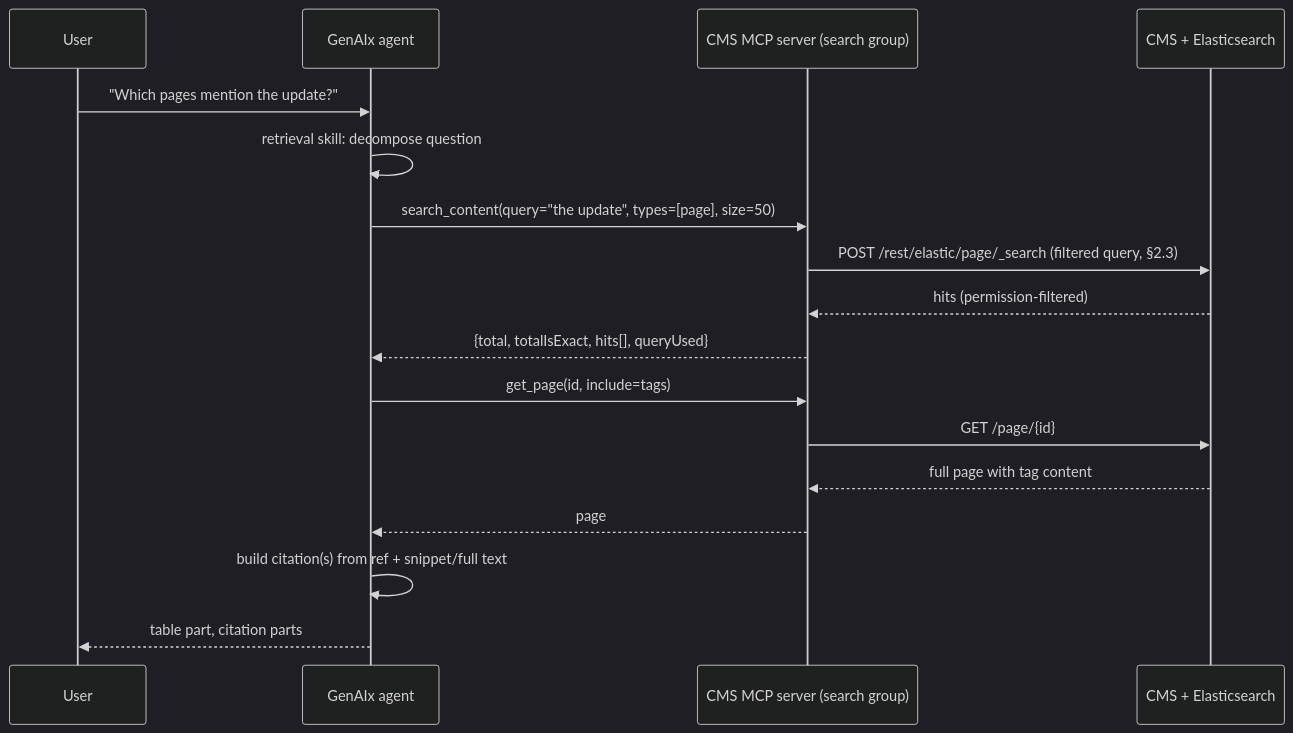
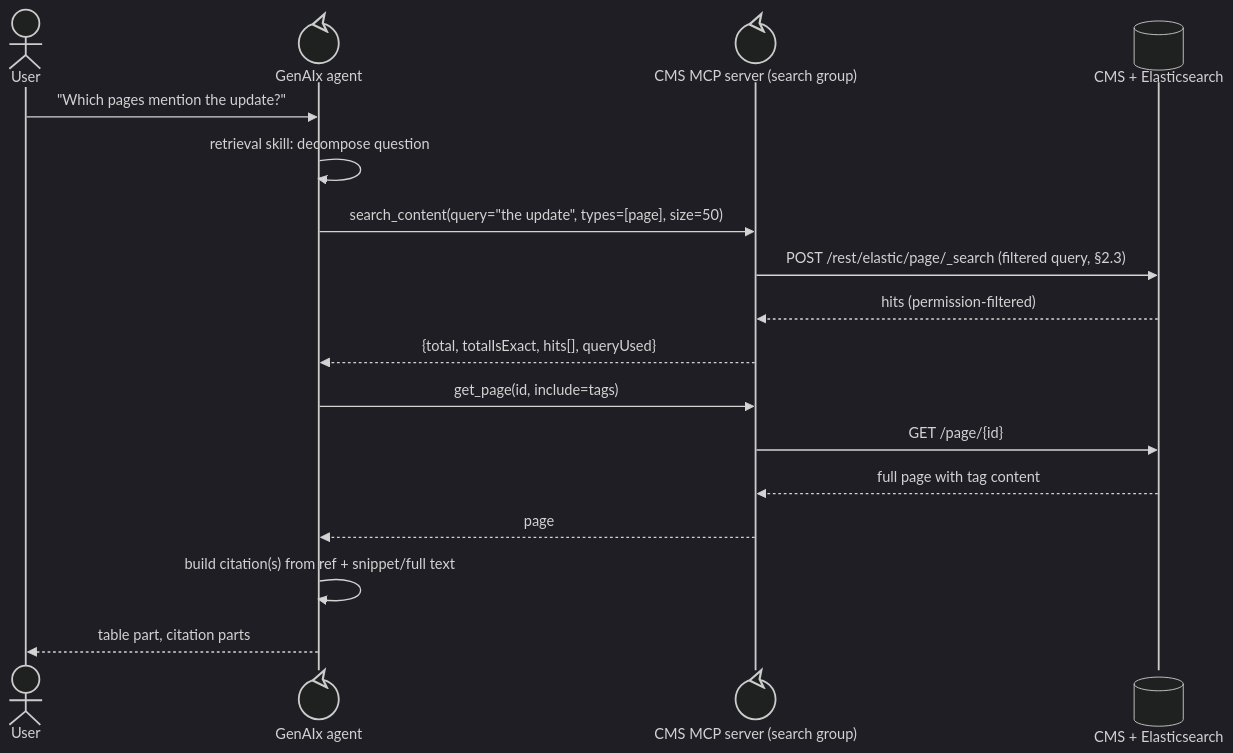
The diagram in workspace-ui/.claude/contracts/genaix-docs/05-content-rag-contract.md (gentics/cms-oss), drawn with Mermaid (dark theme) before and after one commit. The commit also changed 32 other files, not shown here.

````diff
--- a/workspace-ui/.claude/contracts/genaix-docs/05-content-rag-contract.md
+++ b/workspace-ui/.claude/contracts/genaix-docs/05-content-rag-contract.md
@@ -336,20 +336,20 @@
 ```mermaid
 sequenceDiagram
-    participant U as User
-    participant A as GenAIx agent
-    participant M as CMS MCP server (search group)
-    participant E as CMS + Elasticsearch
+    actor U as User
+    participant A@{ "type": "control" } as GenAIx agent
+    participant M@{ "type": "control" } as CMS MCP server (search group)
+    participant E@{ "type": "database" } as CMS + Elasticsearch
 
     U->>A: "Which pages mention the update?"
     A->>A: retrieval skill: decompose question
     A->>M: search_content(query="the update", types=[page], size=50)
     M->>E: POST /rest/elastic/page/_search (filtered query, §2.3)
     E-->>M: hits (permission-filtered)
     M-->>A: {total, totalIsExact, hits[], queryUsed}
     A->>M: get_page(id, include=tags)
     M->>E: GET /page/{id}
     E-->>M: full page with tag content
     M-->>A: page
     A->>A: build citation(s) from ref + snippet/full text
     A-->>U: table part, citation parts
 ```
````
